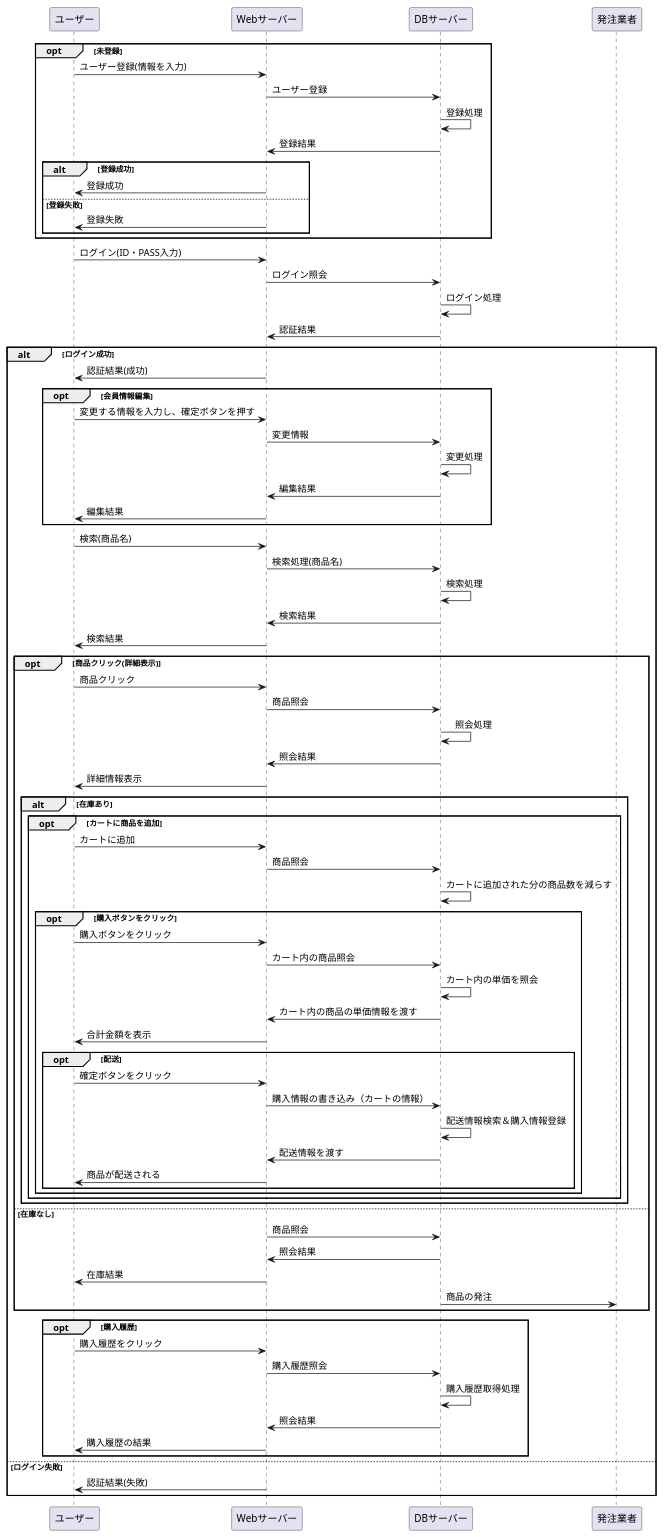
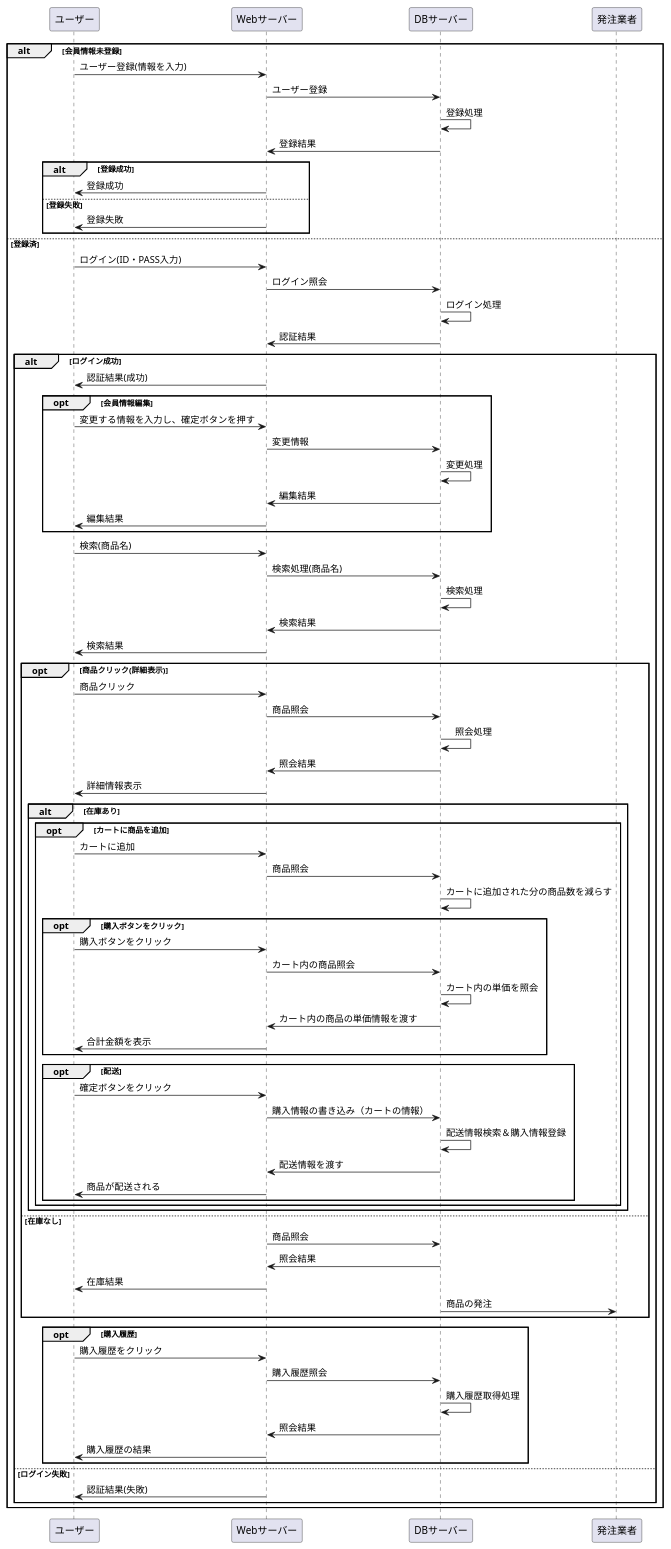
The diagram in 設計書/02_業務フロー/Business-Flow.md (Aso2001221/Aso-Sports), drawn with PlantUML before and after one commit.

````diff
--- a/設計書/02_業務フロー/Business-Flow.md
+++ b/設計書/02_業務フロー/Business-Flow.md
@@ -1,36 +1,20 @@
 ```uml
 @startuml
-opt 未登録
+alt 会員情報未登録
 ユーザー -> Webサーバー : ユーザー登録(情報を入力)
 Webサーバー -> DBサーバー : ユーザー登録
 DBサーバー -> DBサーバー : 登録処理
 DBサーバー -> Webサーバー : 登録結果
-
-
-
-
-
 alt 登録成功
 Webサーバー -> ユーザー : 登録成功
 else 登録失敗
 Webサーバー -> ユーザー : 登録失敗
 end
-end
-
-
-
-
-
-
-
+else 登録済
 ユーザー -> Webサーバー : ログイン(ID・PASS入力)
 Webサーバー -> DBサーバー : ログイン照会
 DBサーバー -> DBサーバー : ログイン処理
 DBサーバー -> Webサーバー : 認証結果
-
-
-
-
 alt ログイン成功
 Webサーバー -> ユーザー : 認証結果(成功)
 opt 会員情報編集
@@ -40,56 +24,29 @@
 DBサーバー -> Webサーバー : 編集結果
 Webサーバー -> ユーザー : 編集結果
 end
-
-
-
-
-
-
-
-
 ユーザー -> Webサーバー : 検索(商品名)
 Webサーバー -> DBサーバー : 検索処理(商品名)
 DBサーバー -> DBサーバー : 検索処理
 DBサーバー -> Webサーバー : 検索結果
 Webサーバー -> ユーザー : 検索結果
-
-
-
-
-
-
-
-
-
 opt 商品クリック(詳細表示)
 ユーザー -> Webサーバー : 商品クリック
 Webサーバー -> DBサーバー : 商品照会
 DBサーバー -> DBサーバー : 　照会処理
 DBサーバー -> Webサーバー : 照会結果
 Webサーバー -> ユーザー : 詳細情報表示
-
-
-
-
-
-
 alt 在庫あり
 opt カートに商品を追加
 ユーザー -> Webサーバー : カートに追加
 Webサーバー -> DBサーバー : 商品照会
 DBサーバー -> DBサーバー : カートに追加された分の商品数を減らす
-
-
-
-
-
 opt 購入ボタンをクリック
 ユーザー -> Webサーバー : 購入ボタンをクリック
 Webサーバー -> DBサーバー : カート内の商品照会
 DBサーバー -> DBサーバー : カート内の単価を照会
 DBサーバー -> Webサーバー :カート内の商品の単価情報を渡す
 Webサーバー -> ユーザー:合計金額を表示
+end
 opt 配送
 ユーザー -> Webサーバー : 確定ボタンをクリック
 Webサーバー -> DBサーバー :購入情報の書き込み（カートの情報）
@@ -102,7 +59,10 @@
 
 
 
-end
+
+
+
+
 end
 else 在庫なし
 Webサーバー -> DBサーバー : 商品照会
@@ -120,6 +80,11 @@
 else ログイン失敗
 Webサーバー -> ユーザー : 認証結果(失敗)
 end
+end
+
+
+
+
 
 
 
````
